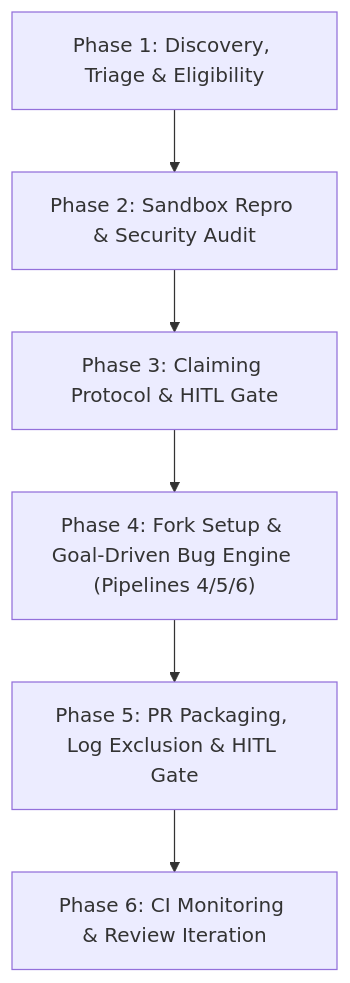
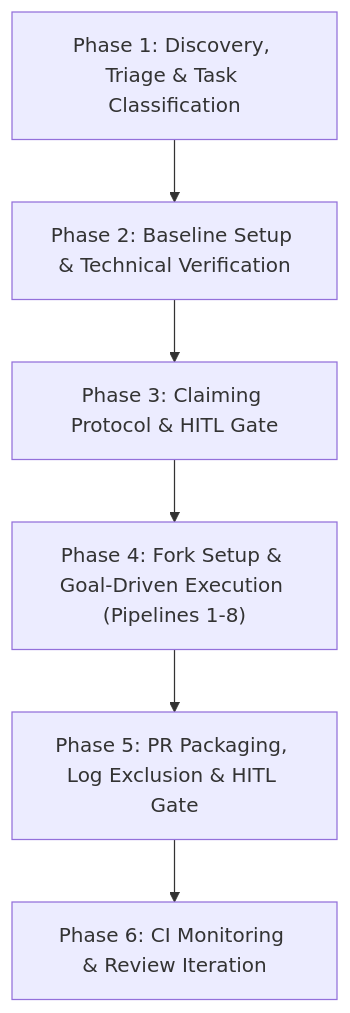
The diagram in .agents/skills/github-bounty-hunter/SKILL.md (ntd237/draft_toolkits_20042026), drawn with Mermaid before and after one commit. The commit also changed other lines of this file and 5 other files, not shown here.

````diff
--- a/.agents/skills/github-bounty-hunter/SKILL.md
+++ b/.agents/skills/github-bounty-hunter/SKILL.md
@@ -19,8 +19,8 @@
 ```mermaid
 flowchart TD
-    P1["Phase 1: Discovery, Triage & Eligibility"] --> P2["Phase 2: Sandbox Repro & Security Audit"]
+    P1["Phase 1: Discovery, Triage & Task Classification"] --> P2["Phase 2: Baseline Setup & Technical Verification"]
     P2 --> P3["Phase 3: Claiming Protocol & HITL Gate"]
-    P3 --> P4["Phase 4: Fork Setup & Goal-Driven Bug Engine (Pipelines 4/5/6)"]
+    P3 --> P4["Phase 4: Fork Setup & Goal-Driven Execution (Pipelines 1-8)"]
     P4 --> P5["Phase 5: PR Packaging, Log Exclusion & HITL Gate"]
     P5 --> P6["Phase 6: CI Monitoring & Review Iteration"]
 ```
````
